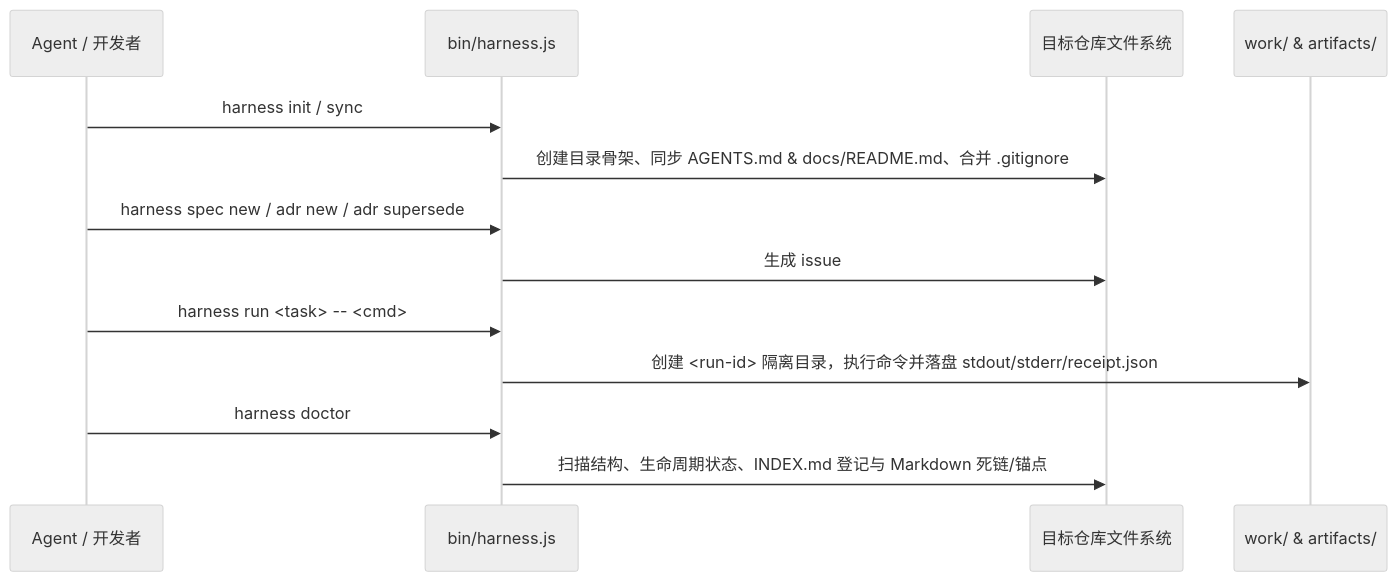
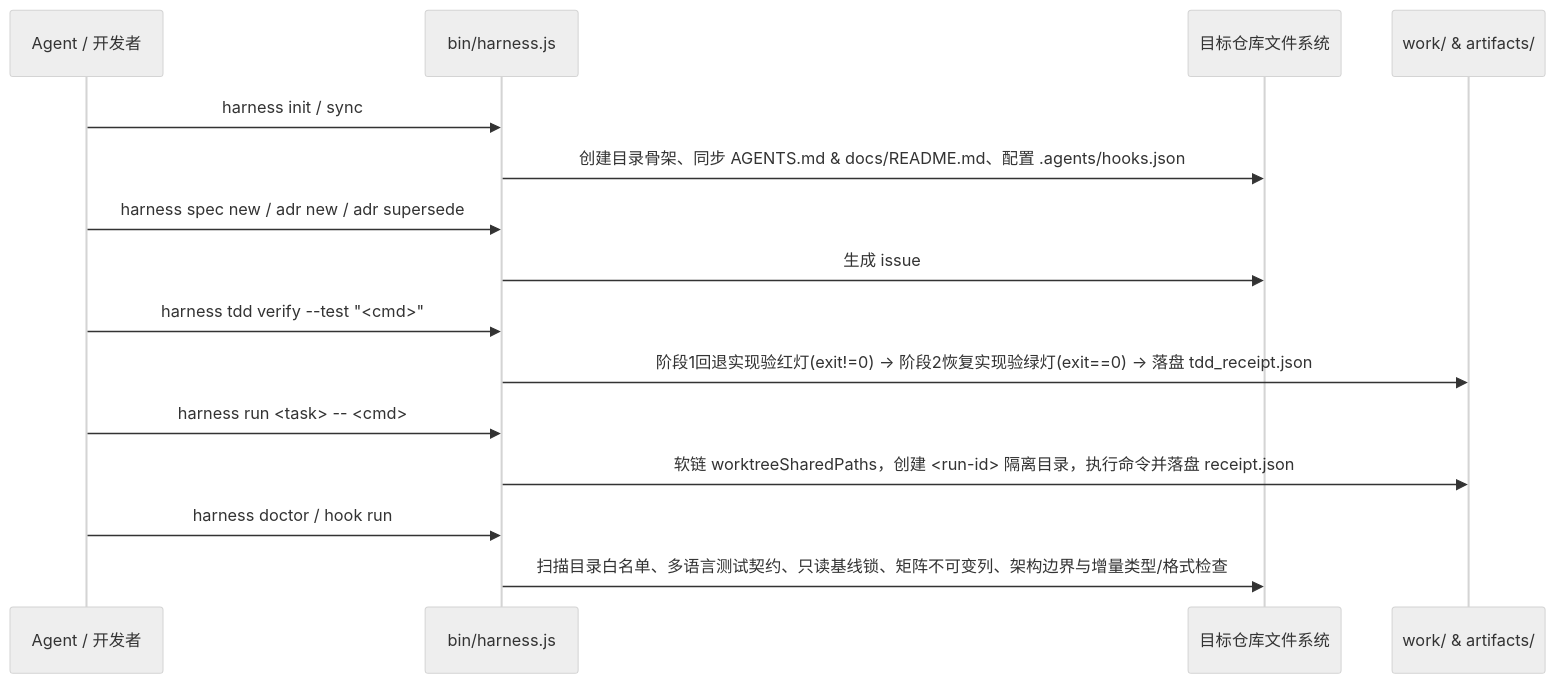
The second of 2 diagrams in docs/architecture/overview.md (nanzhi84/yoryon-harness), drawn with Mermaid (neutral theme) before and after one commit. The commit also changed other lines of this file and 20 other files, not shown here.

Commit message:
feat: implement PROP-01 to PROP-12 cross-repo harness guardrails and TDD verifier

````diff
--- a/docs/architecture/overview.md
+++ b/docs/architecture/overview.md
@@ -36,16 +43,18 @@
 ```mermaid
 sequenceDiagram
     participant Agent as Agent / 开发者
     participant CLI as bin/harness.js
     participant FS as 目标仓库文件系统
     participant Sandbox as work/ & artifacts/
 
     Agent->>CLI: harness init / sync
-    CLI->>FS: 创建目录骨架、同步 AGENTS.md & docs/README.md、合并 .gitignore
+    CLI->>FS: 创建目录骨架、同步 AGENTS.md & docs/README.md、配置 .agents/hooks.json
     Agent->>CLI: harness spec new / adr new / adr supersede
     CLI->>FS: 生成 issue#<N>/spec.md 或流转 ADR 至 superseded/
+    Agent->>CLI: harness tdd verify --test "<cmd>"
+    CLI->>Sandbox: 阶段1回退实现验红灯(exit!=0) -> 阶段2恢复实现验绿灯(exit==0) -> 落盘 tdd_receipt.json
     Agent->>CLI: harness run <task> -- <cmd>
-    CLI->>Sandbox: 创建 <run-id> 隔离目录，执行命令并落盘 stdout/stderr/receipt.json
-    Agent->>CLI: harness doctor
-    CLI->>FS: 扫描结构、生命周期状态、INDEX.md 登记与 Markdown 死链/锚点
+    CLI->>Sandbox: 软链 worktreeSharedPaths，创建 <run-id> 隔离目录，执行命令并落盘 receipt.json
+    Agent->>CLI: harness doctor / hook run
+    CLI->>FS: 扫描目录白名单、多语言测试契约、只读基线锁、矩阵不可变列、架构边界与增量类型/格式检查
 ```
````
